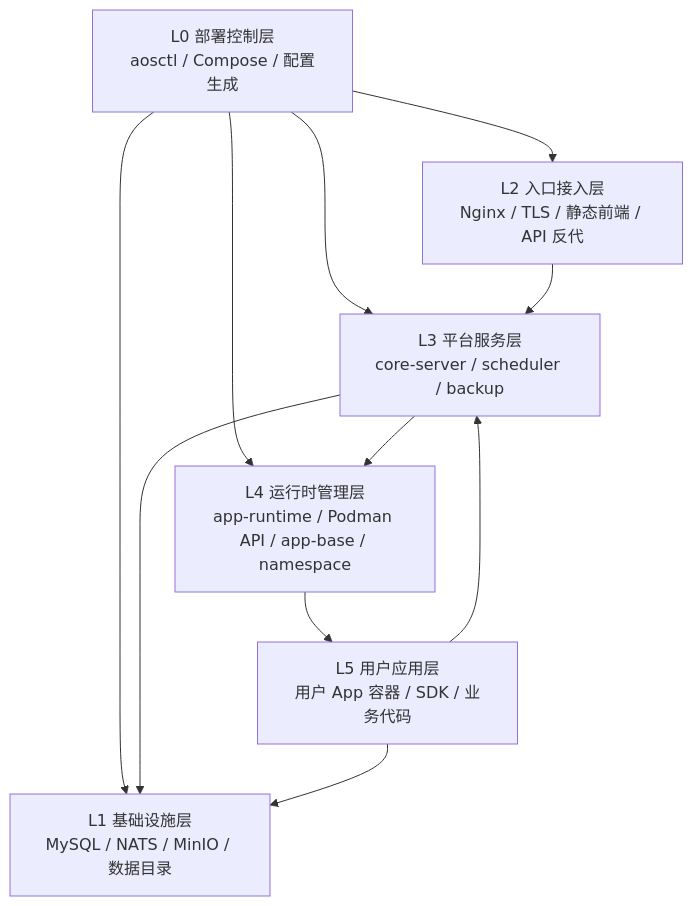
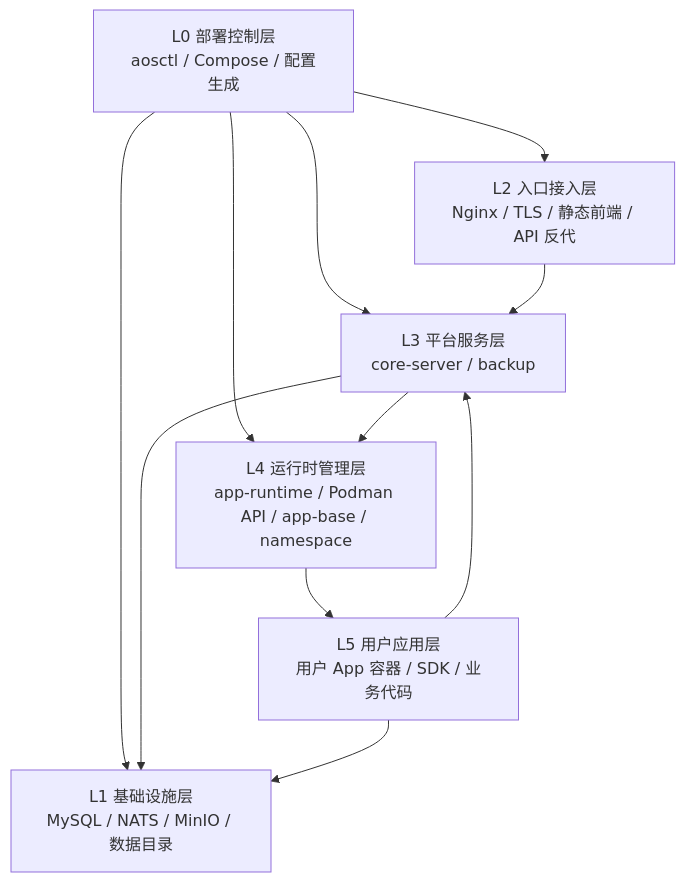
Before and after one commit to kageos/kageos: the diagram in docs/deployment-layers.md, drawn with Mermaid. The commit also changed other lines of this file and 276 other files, not shown here.

````diff
--- a/docs/deployment-layers.md
+++ b/docs/deployment-layers.md
@@ -15,20 +15,20 @@
 ```mermaid
 flowchart TD
   L0["L0 部署控制层<br/>aosctl / Compose / 配置生成"]
   L1["L1 基础设施层<br/>MySQL / NATS / MinIO / 数据目录"]
   L2["L2 入口接入层<br/>Nginx / TLS / 静态前端 / API 反代"]
-  L3["L3 平台服务层<br/>core-server / scheduler / backup"]
+  L3["L3 平台服务层<br/>core-server / backup"]
   L4["L4 运行时管理层<br/>app-runtime / Podman API / app-base / namespace"]
   L5["L5 用户应用层<br/>用户 App 容器 / SDK / 业务代码"]
 
   L0 --> L1
   L0 --> L2
   L0 --> L3
   L0 --> L4
   L2 --> L3
   L3 --> L1
   L3 --> L4
   L4 --> L5
   L5 --> L1
   L5 --> L3
 ```
````
